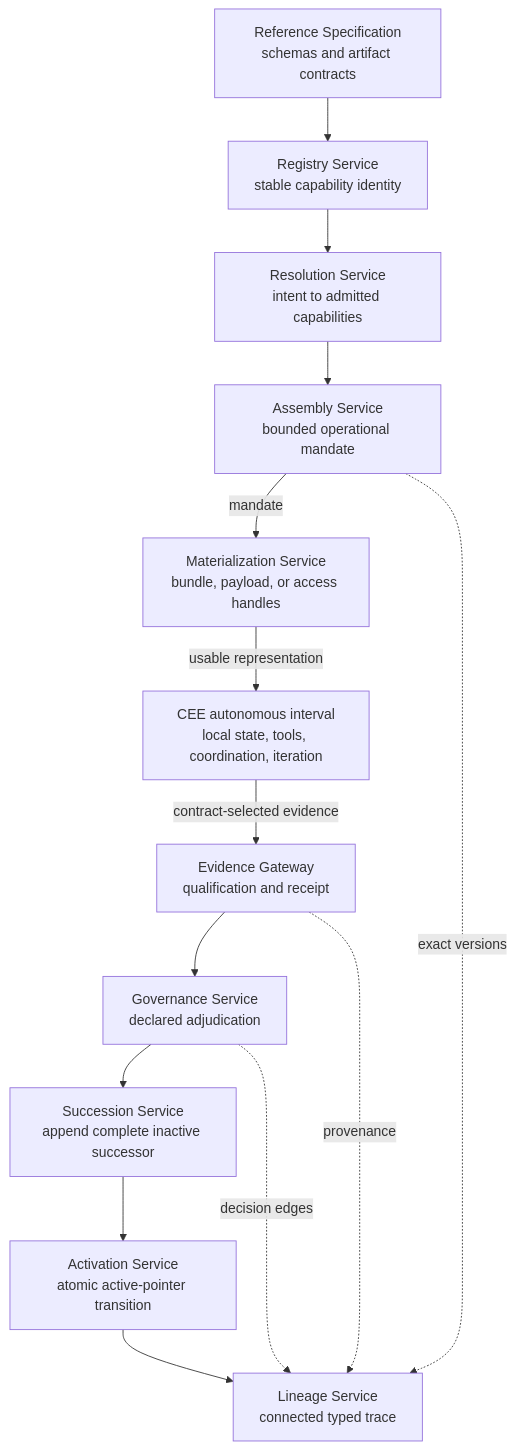
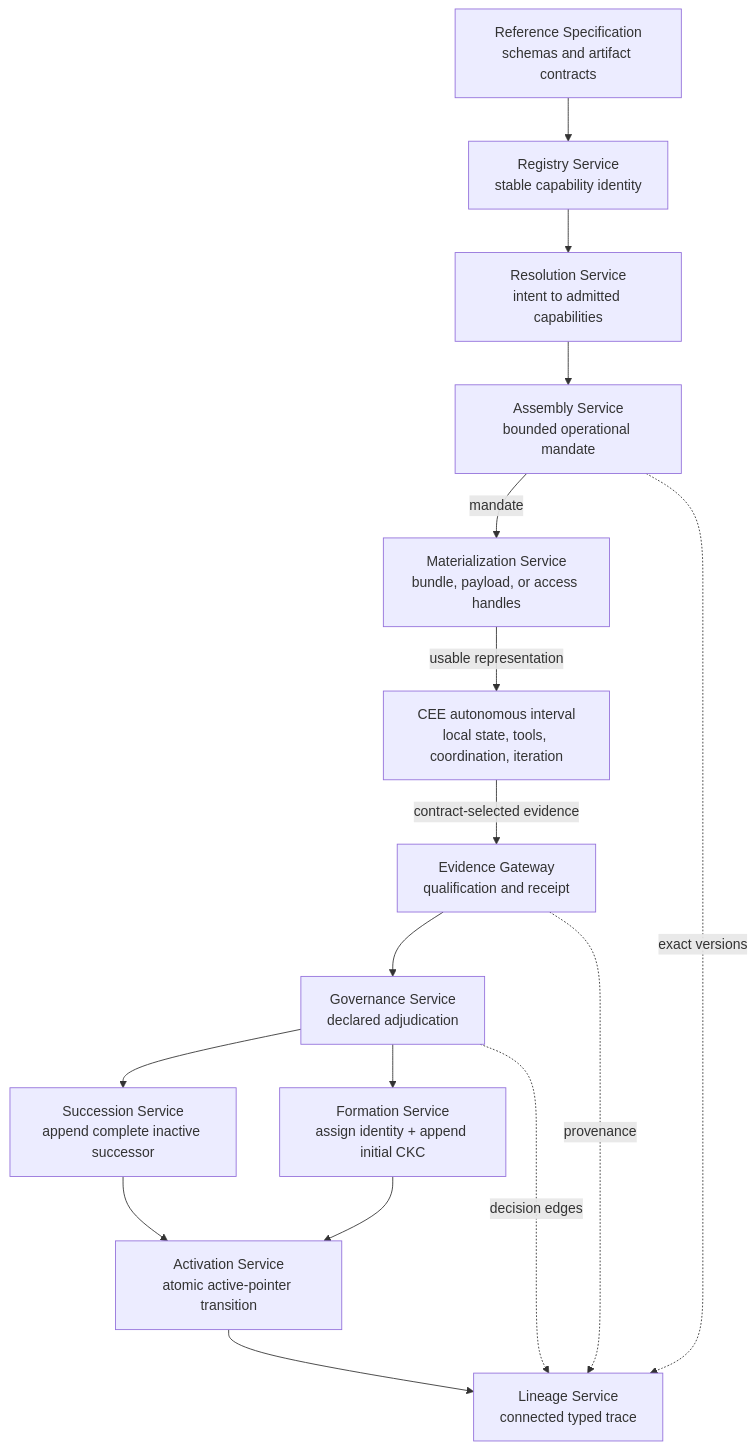
Before and after one commit to mgarralda/knowledge-centric-ai: the diagram in papers/institutional-capability-lineages/reference-implementation/ARCHITECTURE.md, drawn with Mermaid. The commit also changed other lines of this file and 40 other files, not shown here.

````diff
--- a/papers/institutional-capability-lineages/reference-implementation/ARCHITECTURE.md
+++ b/papers/institutional-capability-lineages/reference-implementation/ARCHITECTURE.md
@@ -18,29 +18,32 @@
 ```mermaid
 flowchart TD
     SPEC["Reference Specification<br/>schemas and artifact contracts"]
     REG["Registry Service<br/>stable capability identity"]
     RES["Resolution Service<br/>intent to admitted capabilities"]
     ASM["Assembly Service<br/>bounded operational mandate"]
     MAT["Materialization Service<br/>bundle, payload, or access handles"]
     CEE["CEE autonomous interval<br/>local state, tools, coordination, iteration"]
     EVD["Evidence Gateway<br/>qualification and receipt"]
     GOV["Governance Service<br/>declared adjudication"]
     SUC["Succession Service<br/>append complete inactive successor"]
+    FORM["Formation Service<br/>assign identity + append initial CKC"]
     ACT["Activation Service<br/>atomic active-pointer transition"]
     LIN["Lineage Service<br/>connected typed trace"]
 
     SPEC --> REG
     REG --> RES
     RES --> ASM
     ASM -->|"mandate"| MAT
     MAT -->|"usable representation"| CEE
     CEE -->|"contract-selected evidence"| EVD
     EVD --> GOV
     GOV --> SUC
     SUC --> ACT
+    GOV --> FORM
+    FORM --> ACT
     ACT --> LIN
 
     ASM -. "exact versions" .-> LIN
     EVD -. "provenance" .-> LIN
     GOV -. "decision edges" .-> LIN
 ```
````
